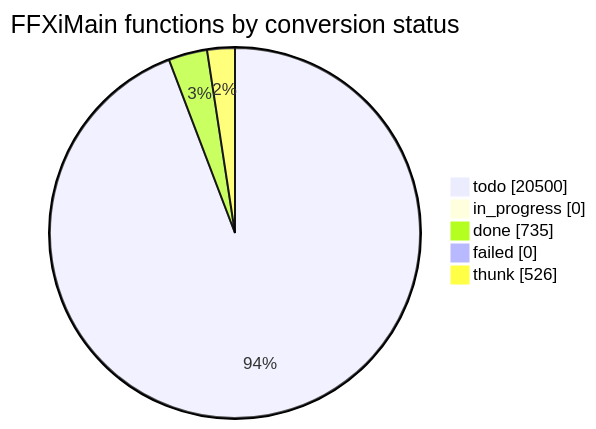
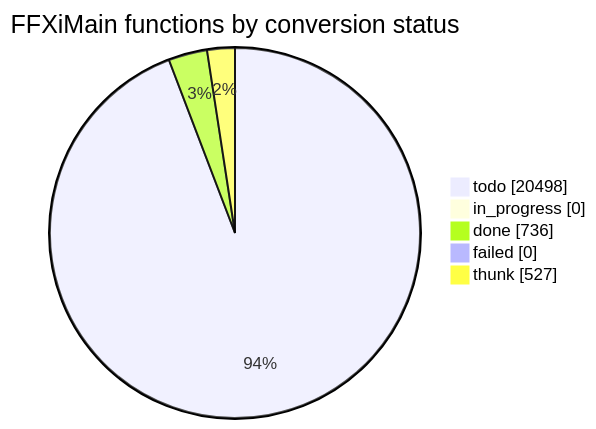
Before and after one commit to cowrevenge/cow_kuluu_xi_anything: the diagram in docs/cow/STATUS.md, drawn with Mermaid. The commit also changed other lines of this file and 9 other files, not shown here.

````diff
--- a/docs/cow/STATUS.md
+++ b/docs/cow/STATUS.md
@@ -18,9 +18,9 @@
 ```mermaid
 pie showData
     title FFXiMain functions by conversion status
-    "todo" : 20500
+    "todo" : 20498
     "in_progress" : 0
-    "done" : 735
+    "done" : 736
     "failed" : 0
-    "thunk" : 526
+    "thunk" : 527
 ```
````
